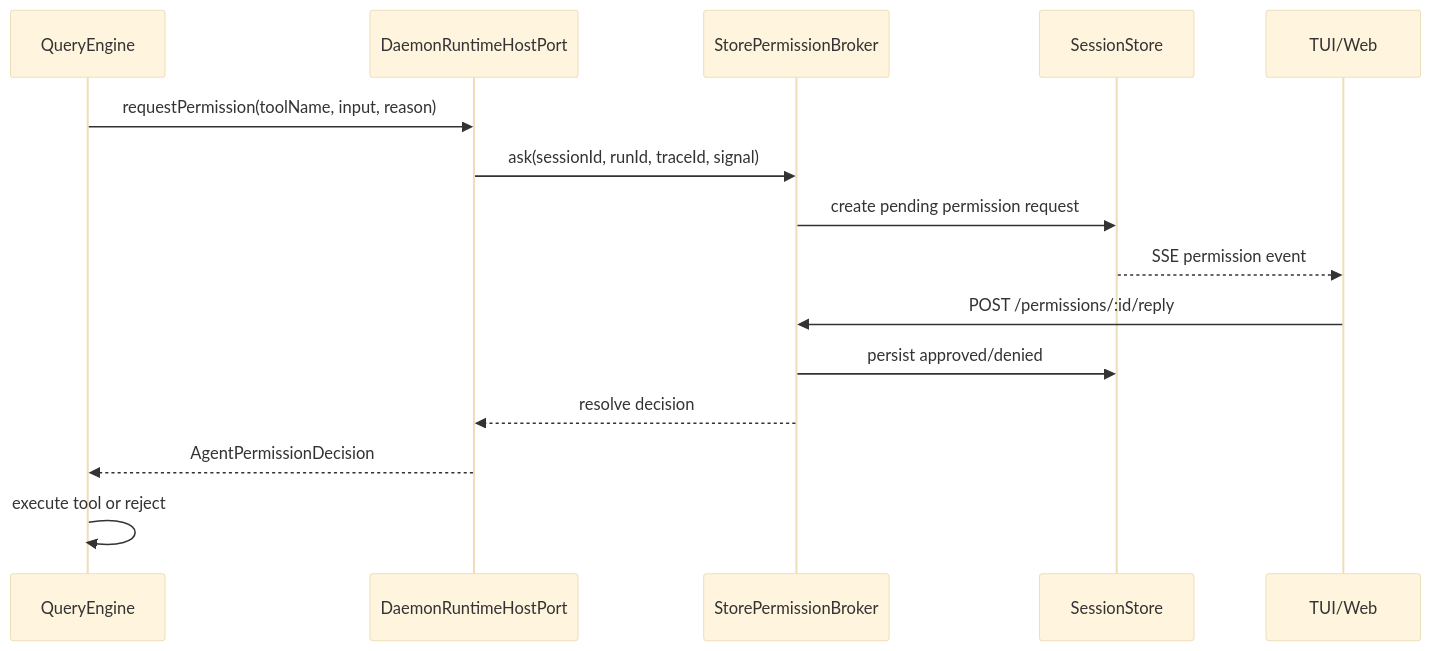
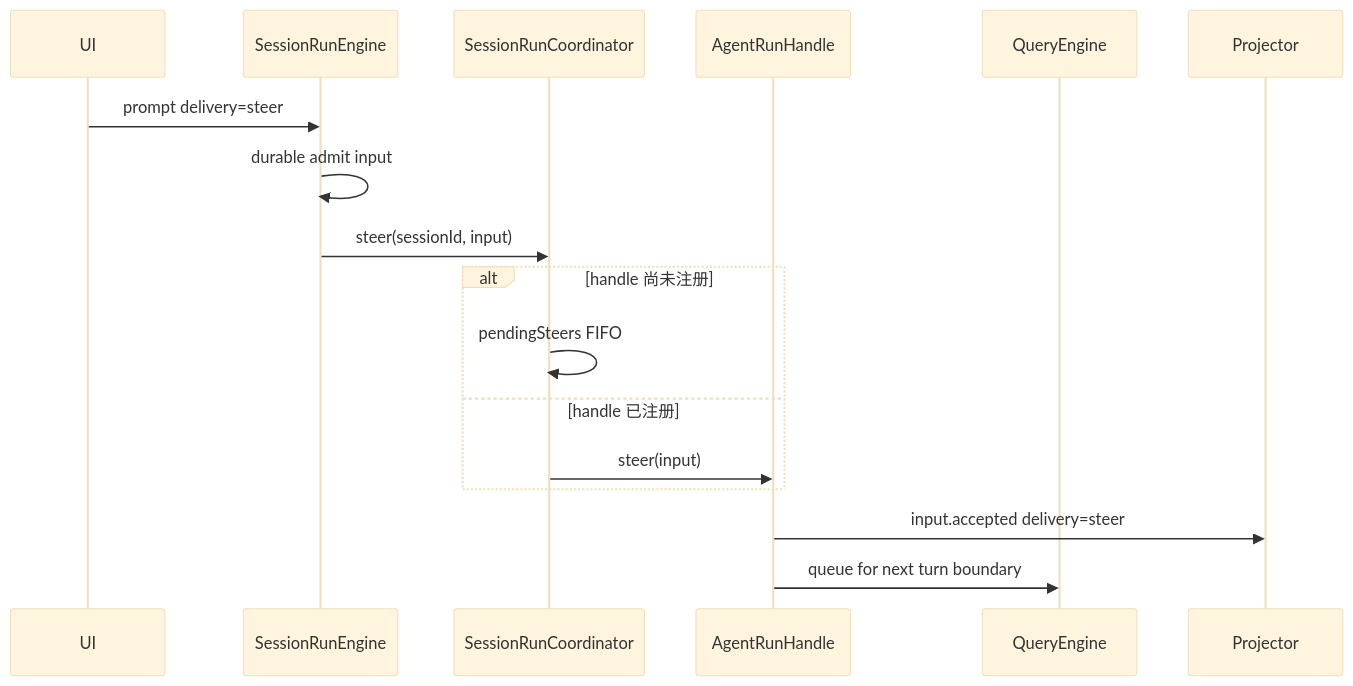
The third of 4 diagrams in docs/daemon-application-architecture.md (rzx007/openharness-ts), drawn with Mermaid (base theme) before and after one commit. The commit also changed other lines of this file and 9 other files, not shown here.

Commit message:
docs: publish agent events effects runtime architecture

````diff
--- a/docs/daemon-application-architecture.md
+++ b/docs/daemon-application-architecture.md
@@ -159,18 +182,20 @@
 ```mermaid
 sequenceDiagram
+  participant UI
+  participant Engine as SessionRunEngine
+  participant Lane as SessionRunCoordinator
+  participant Run as AgentRunHandle
   participant QE as QueryEngine
-  participant Host as DaemonRuntimeHostPort
-  participant Broker as StorePermissionBroker
-  participant Store as SessionStore
-  participant UI as TUI/Web
+  participant Projector
 
-  QE->>Host: requestPermission(toolName, input, reason)
-  Host->>Broker: ask(sessionId, runId, traceId, signal)
-  Broker->>Store: create pending permission request
-  Store-->>UI: SSE permission event
-  UI->>Broker: POST /permissions/:id/reply
-  Broker->>Store: persist approved/denied
-  Broker-->>Host: resolve decision
-  Host-->>QE: AgentPermissionDecision
-  QE->>QE: execute tool or reject
+  UI->>Engine: prompt delivery=steer
+  Engine->>Engine: durable admit input
+  Engine->>Lane: steer(sessionId, input)
+  alt handle 尚未注册
+    Lane->>Lane: pendingSteers FIFO
+  else handle 已注册
+    Lane->>Run: steer(input)
+  end
+  Run->>Projector: input.accepted delivery=steer
+  Run->>QE: queue for next turn boundary
 ```
````
